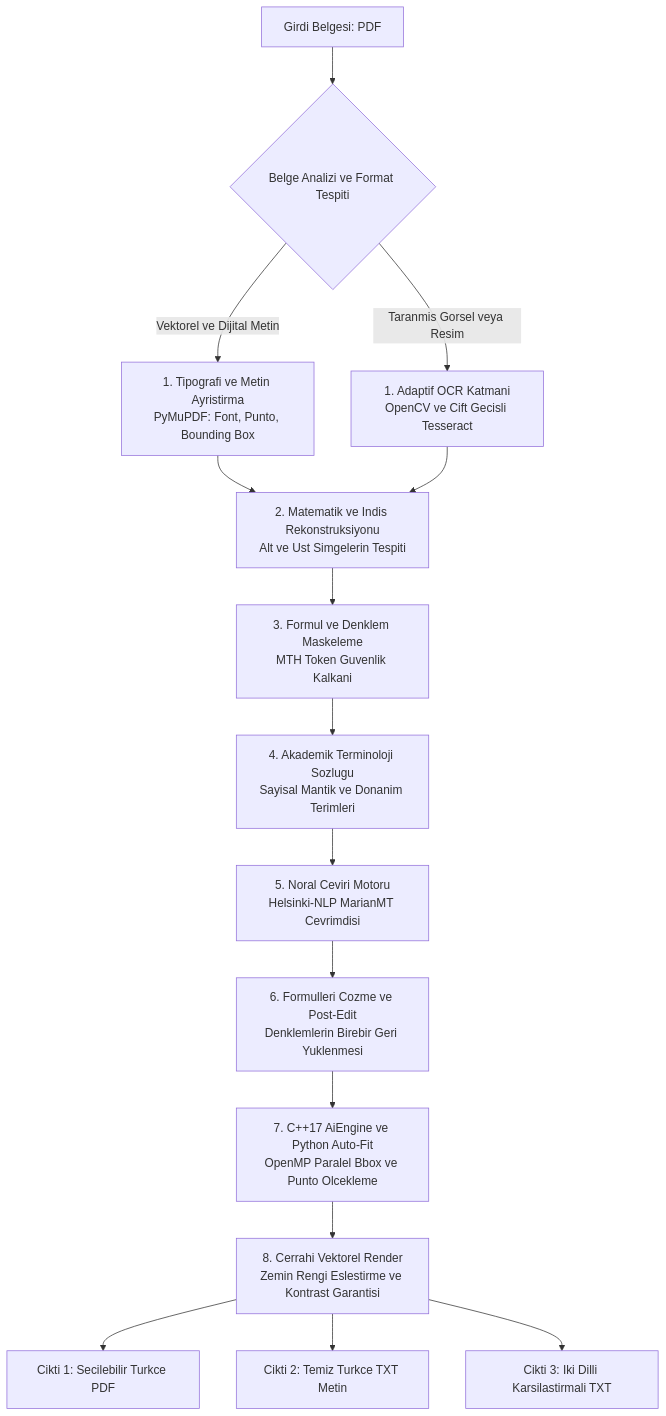
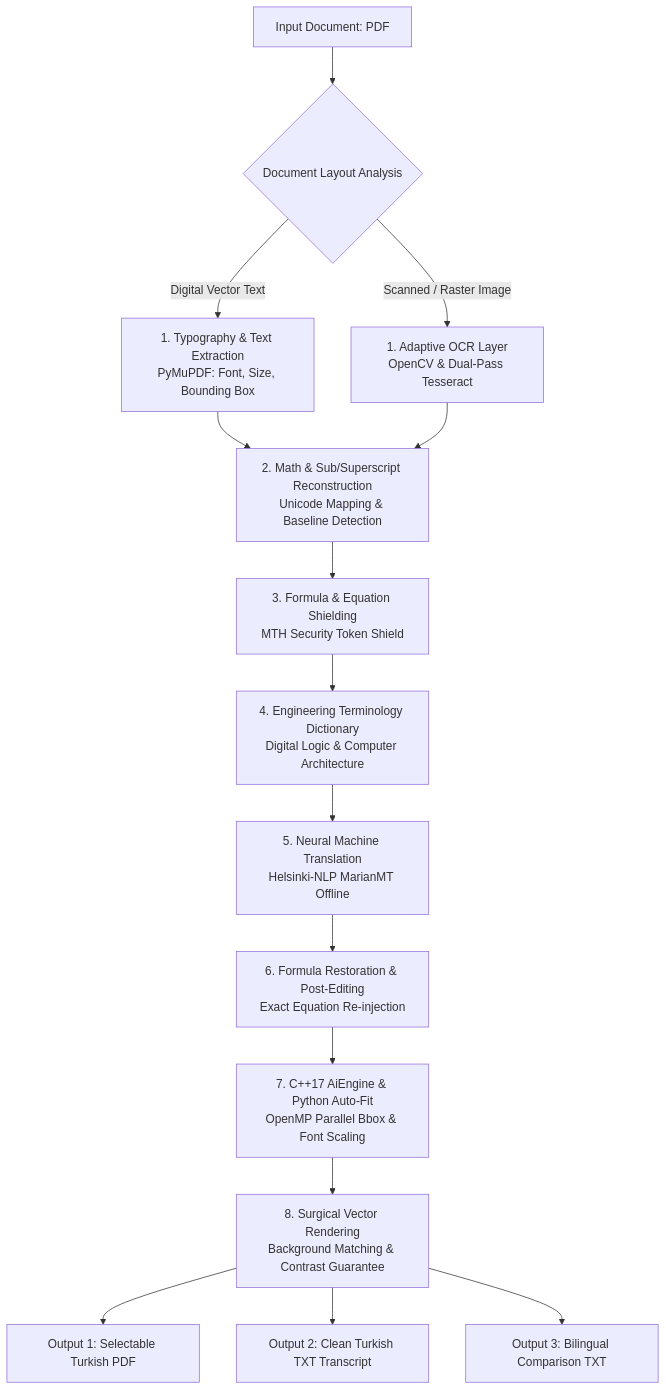
Before and after one commit to Tefezimli/PDF_AI_BOOK-TRANSLATER_ING-TO-TR: the diagram in README.md, drawn with Mermaid. The commit also changed other lines of this file and 3 other files, not shown here.

````diff
--- a/README.md
+++ b/README.md
@@ -99,22 +113,22 @@
 ```mermaid
 flowchart TD
-    A[Girdi Belgesi: PDF] --> B{Belge Analizi ve Format Tespiti}
+    A[Input Document: PDF] --> B{Document Layout Analysis}
     
-    B -->|Vektorel ve Dijital Metin| C[1. Tipografi ve Metin Ayristirma<br/>PyMuPDF: Font, Punto, Bounding Box]
-    B -->|Taranmis Gorsel veya Resim| D[1. Adaptif OCR Katmani<br/>OpenCV ve Cift Gecisli Tesseract]
+    B -->|Digital Vector Text| C[1. Typography & Text Extraction<br/>PyMuPDF: Font, Size, Bounding Box]
+    B -->|Scanned / Raster Image| D[1. Adaptive OCR Layer<br/>OpenCV & Dual-Pass Tesseract]
     
-    C --> E[2. Matematik ve Indis Rekonstruksiyonu<br/>Alt ve Ust Simgelerin Tespiti]
+    C --> E[2. Math & Sub/Superscript Reconstruction<br/>Unicode Mapping & Baseline Detection]
     D --> E
     
-    E --> F[3. Formul ve Denklem Maskeleme<br/>MTH Token Guvenlik Kalkani]
-    F --> G[4. Akademik Terminoloji Sozlugu<br/>Sayisal Mantik ve Donanim Terimleri]
-    G --> H[5. Noral Ceviri Motoru<br/>Helsinki-NLP MarianMT Cevrimdisi]
-    H --> I[6. Formulleri Cozme ve Post-Edit<br/>Denklemlerin Birebir Geri Yuklenmesi]
+    E --> F[3. Formula & Equation Shielding<br/>MTH Security Token Shield]
+    F --> G[4. Engineering Terminology Dictionary<br/>Digital Logic & Computer Architecture]
+    G --> H[5. Neural Machine Translation<br/>Helsinki-NLP MarianMT Offline]
+    H --> I[6. Formula Restoration & Post-Editing<br/>Exact Equation Re-injection]
     
-    I --> J[7. C++17 AiEngine ve Python Auto-Fit<br/>OpenMP Paralel Bbox ve Punto Olcekleme]
-    J --> K[8. Cerrahi Vektorel Render<br/>Zemin Rengi Eslestirme ve Kontrast Garantisi]
+    I --> J[7. C++17 AiEngine & Python Auto-Fit<br/>OpenMP Parallel Bbox & Font Scaling]
+    J --> K[8. Surgical Vector Rendering<br/>Background Matching & Contrast Guarantee]
     
-    K --> L[Cikti 1: Secilebilir Turkce PDF]
-    K --> M[Cikti 2: Temiz Turkce TXT Metin]
-    K --> N[Cikti 3: Iki Dilli Karsilastirmali TXT]
+    K --> L[Output 1: Selectable Turkish PDF]
+    K --> M[Output 2: Clean Turkish TXT Transcript]
+    K --> N[Output 3: Bilingual Comparison TXT]
 ```
````
